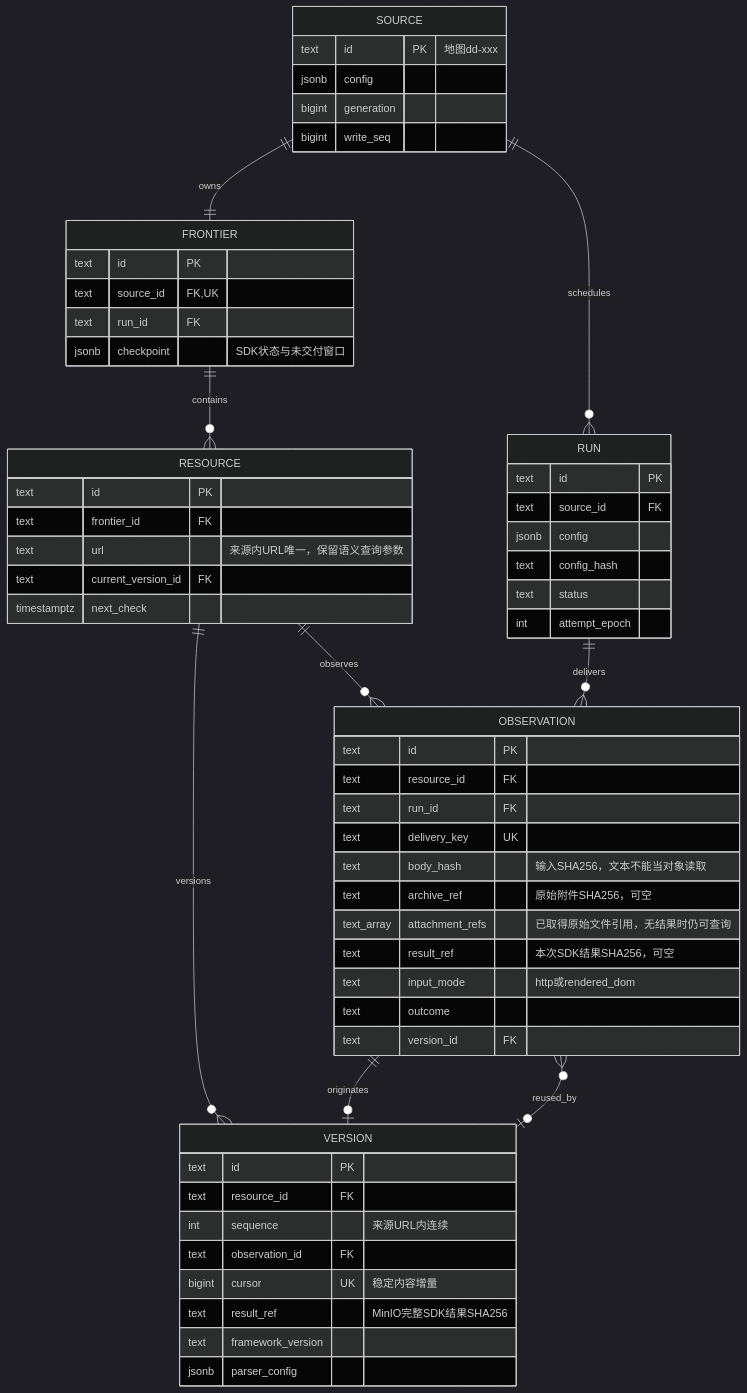
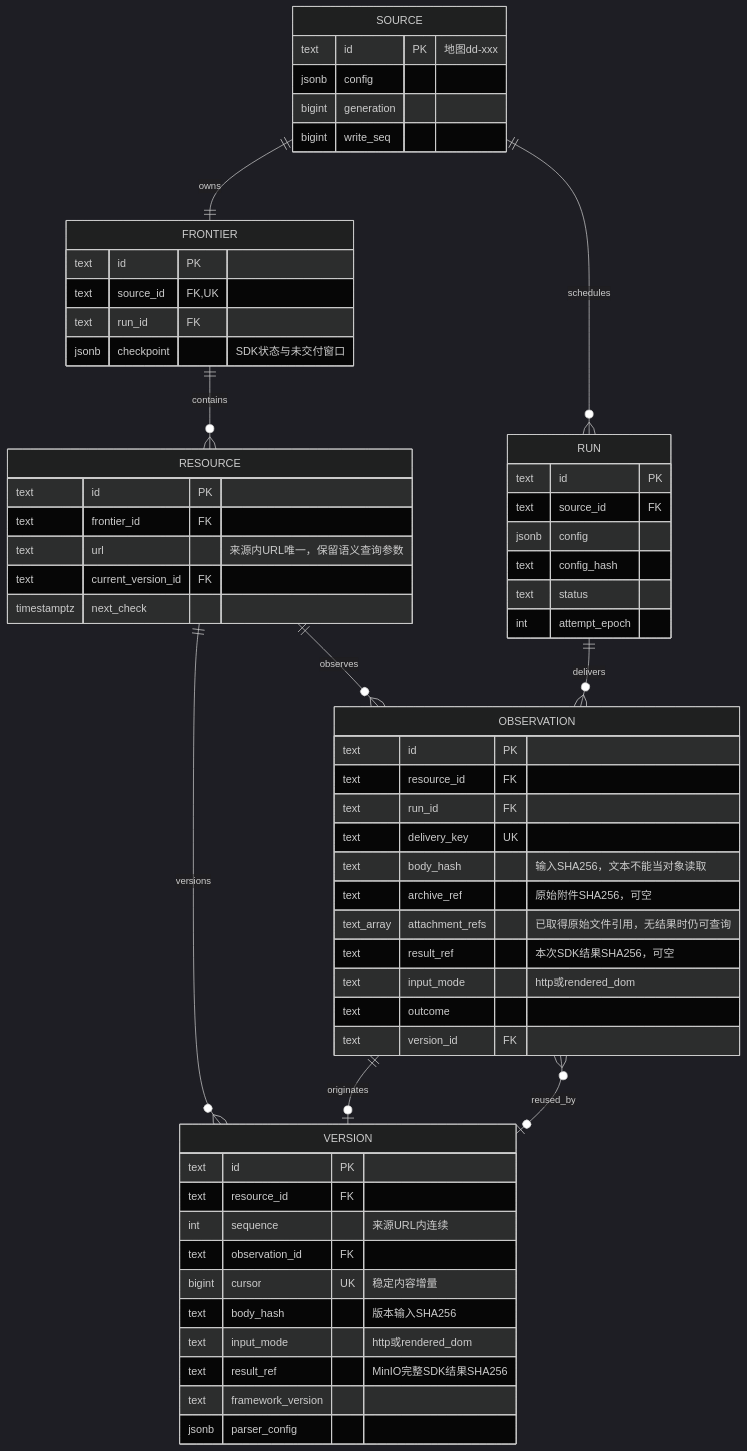
The diagram in README.md (nanzhi84/SEAL), drawn with Mermaid (dark theme) before and after one commit. The commit also changed other lines of this file, not shown here.

````diff
--- a/README.md
+++ b/README.md
@@ -90,61 +94,63 @@
 ```mermaid
 erDiagram
  SOURCE ||--|| FRONTIER : owns
  SOURCE ||--o{ RUN : schedules
  FRONTIER ||--o{ RESOURCE : contains
  RESOURCE ||--o{ OBSERVATION : observes
  RUN ||--o{ OBSERVATION : delivers
  RESOURCE ||--o{ VERSION : versions
  OBSERVATION ||--o| VERSION : originates
  VERSION o|--o{ OBSERVATION : reused_by
  RESOURCE {
   text id PK
   text frontier_id FK
   text url "来源内URL唯一，保留语义查询参数"
   text current_version_id FK
   timestamptz next_check
  }
  SOURCE {
   text id PK "地图dd-xxx"
   jsonb config
   bigint generation
   bigint write_seq
  }
  FRONTIER {
   text id PK
   text source_id FK,UK
   text run_id FK
   jsonb checkpoint "SDK状态与未交付窗口"
  }
  RUN {
   text id PK
   text source_id FK
   jsonb config
   text config_hash
   text status
   int attempt_epoch
  }
  OBSERVATION {
   text id PK
   text resource_id FK
   text run_id FK
   text delivery_key UK
   text body_hash "输入SHA256，文本不能当对象读取"
   text archive_ref "原始附件SHA256，可空"
   text_array attachment_refs "已取得原始文件引用，无结果时仍可查询"
   text result_ref "本次SDK结果SHA256，可空"
   text input_mode "http或rendered_dom"
   text outcome
   text version_id FK
  }
  VERSION {
   text id PK
   text resource_id FK
   int sequence "来源URL内连续"
   text observation_id FK
   bigint cursor UK "稳定内容增量"
+  text body_hash "版本输入SHA256"
+  text input_mode "http或rendered_dom"
   text result_ref "MinIO完整SDK结果SHA256"
   text framework_version
   jsonb parser_config
  }
 ```
````
